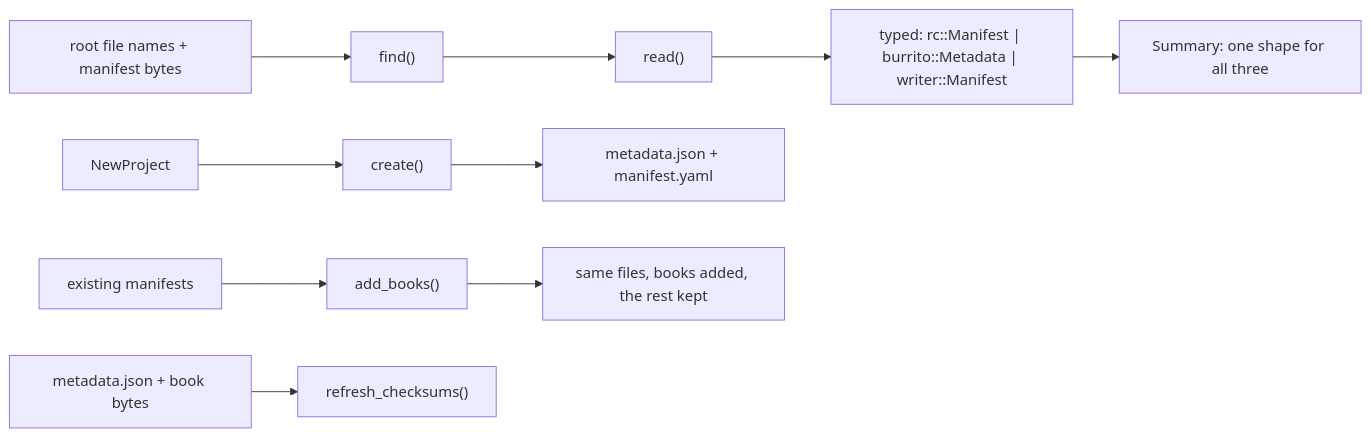
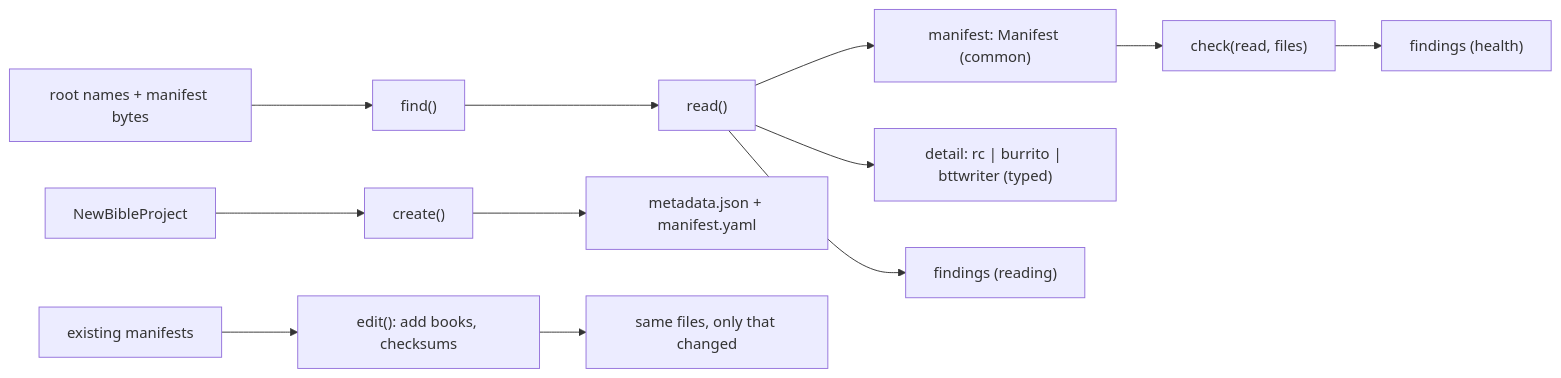
Before and after one commit to WycliffeAssociates/scripture-kitchen: the first of 2 diagrams in planning/items/2026-11-05-container-rc-burrito-and-writer-manifests-read-and.mdx, drawn with Mermaid. The commit also changed other lines of this file, not shown here.

Commit message:
plan: container — review answers: no mutation on read, findings as health, createBible from canon, one-commit edit, WA Burrito fork pinned (Sefer's metadata.json fails it 4 ways)

````diff
--- a/planning/items/2026-11-05-container-rc-burrito-and-writer-manifests-read-and.mdx
+++ b/planning/items/2026-11-05-container-rc-burrito-and-writer-manifests-read-and.mdx
@@ -82,9 +105,10 @@
 ```mermaid
 flowchart LR
-  bytes["root file names + manifest bytes"] --> find["find()"] --> read["read()"]
-  read --> typed["typed: rc::Manifest | burrito::Metadata | writer::Manifest"]
-  typed --> summary["Summary: one shape for all three"]
-  newp["NewProject"] --> create["create()"] --> files["metadata.json + manifest.yaml"]
-  files2["existing manifests"] --> add["add_books()"] --> files3["same files, books added, the rest kept"]
-  meta["metadata.json + book bytes"] --> refresh["refresh_checksums()"]
+  bytes["root names + manifest bytes"] --> find["find()"] --> read["read()"]
+  read --> m["manifest: Manifest (common)"]
+  read --> d["detail: rc | burrito | bttwriter (typed)"]
+  read --> f["findings (reading)"]
+  m --> check["check(read, files)"] --> f2["findings (health)"]
+  newp["NewBibleProject"] --> create["create()"] --> files["metadata.json + manifest.yaml"]
+  ex["existing manifests"] --> edit["edit(): add books, checksums"] --> files2["same files, only that changed"]
 ```
````
